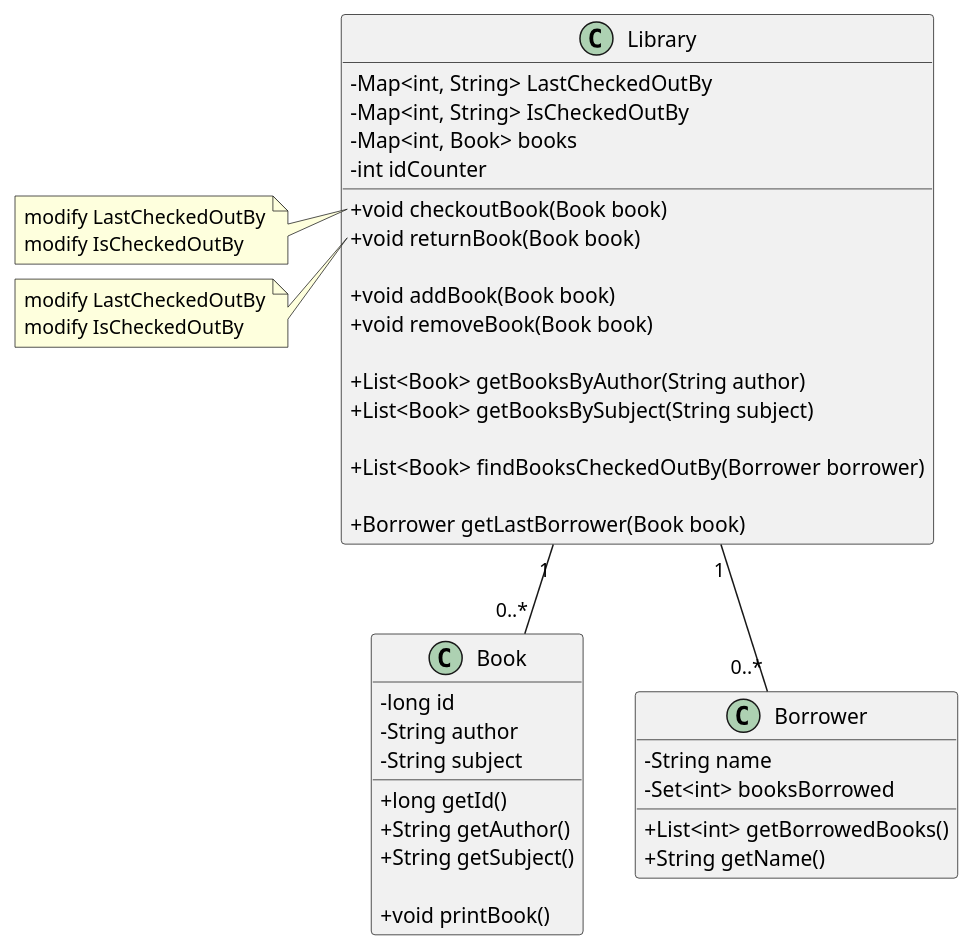
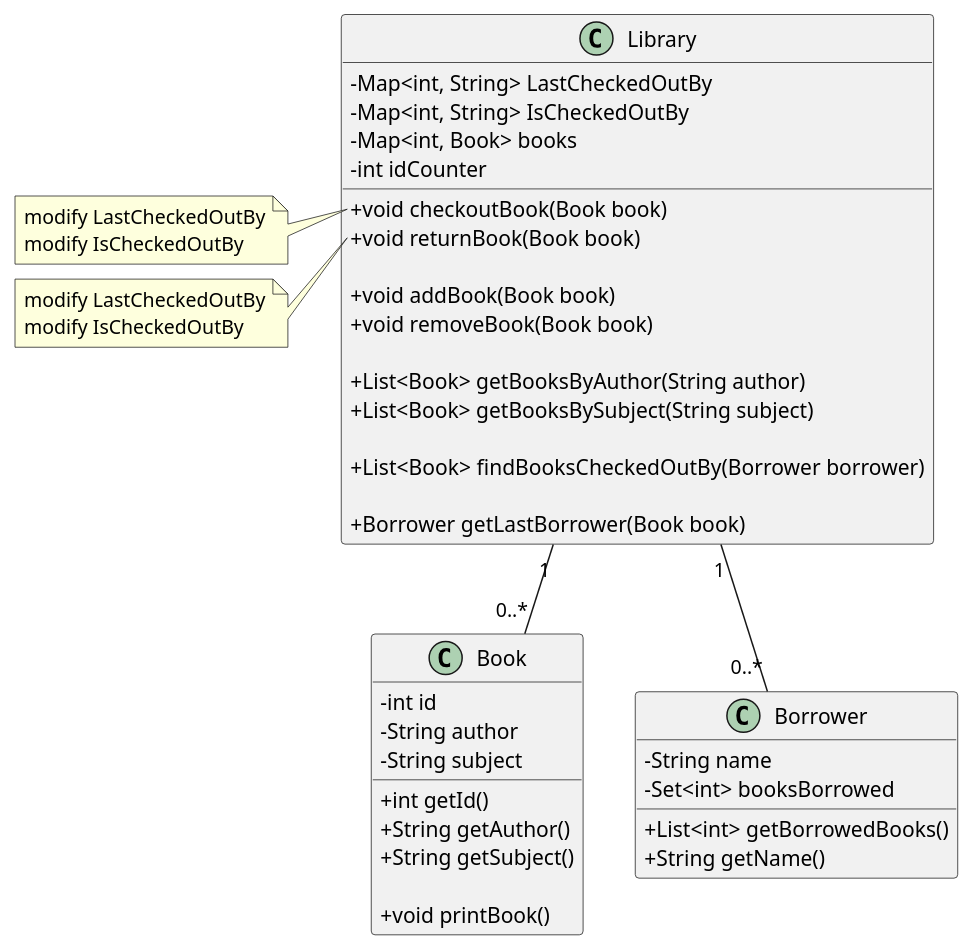
Before and after one commit to MarkLai0317/Software-Engineering-Midterm: the diagram in uml/uml-1.puml, drawn with PlantUML.

Commit message:
fix long to int

```diff
--- a/uml/uml-1.puml
+++ b/uml/uml-1.puml
@@ -1,60 +1,60 @@
 @startuml
 skinparam classAttributeIconSize 0
 
 class Book{
-    -long id
+    -int id
     -String author
     -String subject
 
-    +long getId()
+    +int getId()
     +String getAuthor()
     +String getSubject()
 
     +void printBook()
 }
 
 class Borrower{
     -String name
     -Set<int> booksBorrowed
     +List<int> getBorrowedBooks()
     +String getName()
 
 }
 
 class Library{
 
     'store last borrower of a book'
     -Map<int, String> LastCheckedOutBy 
     -Map<int, String> IsCheckedOutBy
     -Map<int, Book> books
     -int idCounter
 
 
     +void checkoutBook(Book book)
     +void returnBook(Book book)
 
     +void addBook(Book book)
     +void removeBook(Book book)
 
     +List<Book> getBooksByAuthor(String author)
     +List<Book> getBooksBySubject(String subject)
 
     +List<Book> findBooksCheckedOutBy(Borrower borrower)
 
     +Borrower getLastBorrower(Book book)
 
 }
 
 Library "1" -- "0..*" Book
 Library "1" -- "0..*" Borrower
 
 note left of  Library::checkoutBook
     modify LastCheckedOutBy
     modify IsCheckedOutBy
 end note
 
 note left of  Library::returnBook
     modify LastCheckedOutBy
     modify IsCheckedOutBy
 end note
 @enduml
```
